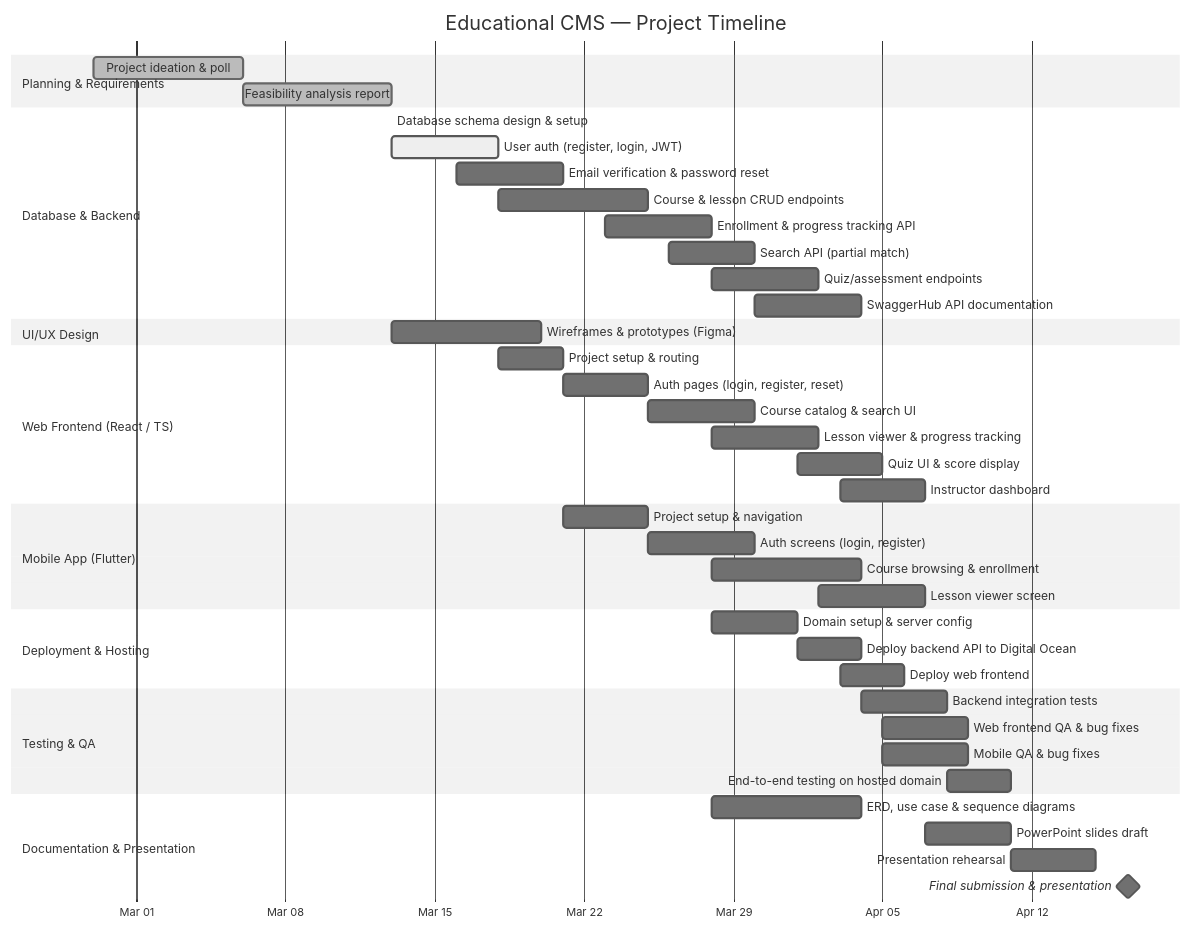
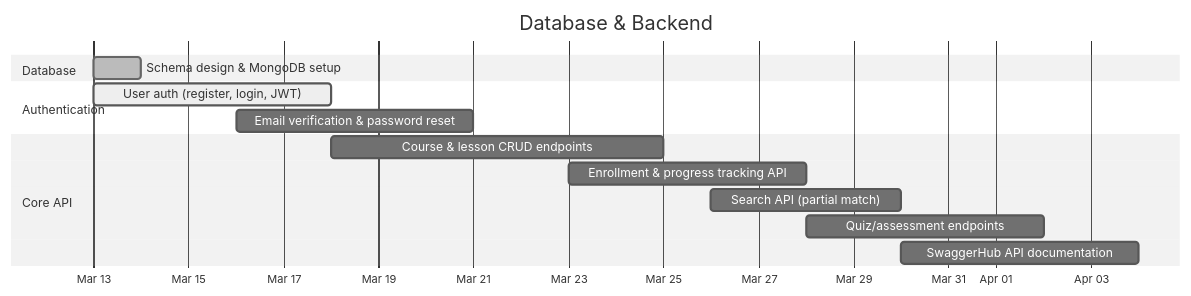
Before and after one commit to LuizGomes56/poosd_final_project: the second of 7 diagrams in GANTT.md, drawn with Mermaid (neutral theme). The commit also changed other lines of this file, not shown here.

````diff
--- a/GANTT.md
+++ b/GANTT.md
@@ -11,54 +31,20 @@
 ```mermaid
 gantt
-    title Educational CMS — Project Timeline
+    title Database & Backend
     dateFormat  YYYY-MM-DD
     axisFormat  %b %d
 
-    section Planning & Requirements
-    Project ideation & poll              :done,    plan1, 2026-02-27, 2026-03-06
-    Feasibility analysis report          :done,    plan2, 2026-03-06, 2026-03-13
+    section Database
+    Schema design & MongoDB setup        :done,   db1, 2026-03-13, 2026-03-14
 
-    section Database & Backend
-    Database schema design & setup       :done,    db1,   2026-03-13, 2026-03-13
-    User auth (register, login, JWT)     :active,  be1,   2026-03-13, 2026-03-18
-    Email verification & password reset  :         be2,   2026-03-16, 2026-03-21
-    Course & lesson CRUD endpoints       :         be3,   2026-03-18, 2026-03-25
-    Enrollment & progress tracking API   :         be4,   2026-03-23, 2026-03-28
-    Search API (partial match)           :         be5,   2026-03-26, 2026-03-30
-    Quiz/assessment endpoints            :         be6,   2026-03-28, 2026-04-02
-    SwaggerHub API documentation         :         be7,   2026-03-30, 2026-04-04
+    section Authentication
+    User auth (register, login, JWT)     :active, be1, 2026-03-13, 2026-03-18
+    Email verification & password reset  :        be2, 2026-03-16, 2026-03-21
 
-    section UI/UX Design
-    Wireframes & prototypes (Figma)      :         ux1,   2026-03-13, 2026-03-20
-
-    section Web Frontend (React / TS)
-    Project setup & routing              :         fe1,   2026-03-18, 2026-03-21
-    Auth pages (login, register, reset)  :         fe2,   2026-03-21, 2026-03-25
-    Course catalog & search UI           :         fe3,   2026-03-25, 2026-03-30
-    Lesson viewer & progress tracking    :         fe4,   2026-03-28, 2026-04-02
-    Quiz UI & score display              :         fe5,   2026-04-01, 2026-04-05
-    Instructor dashboard                 :         fe6,   2026-04-03, 2026-04-07
-
-    section Mobile App (Flutter)
-    Project setup & navigation           :         mob1,  2026-03-21, 2026-03-25
-    Auth screens (login, register)       :         mob2,  2026-03-25, 2026-03-30
-    Course browsing & enrollment         :         mob3,  2026-03-28, 2026-04-04
-    Lesson viewer screen                 :         mob4,  2026-04-02, 2026-04-07
-
-    section Deployment & Hosting
-    Domain setup & server config         :         dep1,  2026-03-28, 2026-04-01
-    Deploy backend API to Digital Ocean  :         dep2,  2026-04-01, 2026-04-04
-    Deploy web frontend                  :         dep3,  2026-04-03, 2026-04-06
-
-    section Testing & QA
-    Backend integration tests            :         test1, 2026-04-04, 2026-04-08
-    Web frontend QA & bug fixes          :         test2, 2026-04-05, 2026-04-09
-    Mobile QA & bug fixes                :         test3, 2026-04-05, 2026-04-09
-    End-to-end testing on hosted domain  :         test4, 2026-04-08, 2026-04-11
-
-    section Documentation & Presentation
-    ERD, use case & sequence diagrams    :         doc1,  2026-03-28, 2026-04-04
-    PowerPoint slides draft              :         doc2,  2026-04-07, 2026-04-11
-    Presentation rehearsal               :         doc3,  2026-04-11, 2026-04-15
-    Final submission & presentation      :milestone, pres, 2026-04-16, 1d
+    section Core API
+    Course & lesson CRUD endpoints       :        be3, 2026-03-18, 2026-03-25
+    Enrollment & progress tracking API   :        be4, 2026-03-23, 2026-03-28
+    Search API (partial match)           :        be5, 2026-03-26, 2026-03-30
+    Quiz/assessment endpoints            :        be6, 2026-03-28, 2026-04-02
+    SwaggerHub API documentation         :        be7, 2026-03-30, 2026-04-04
 ```
````
